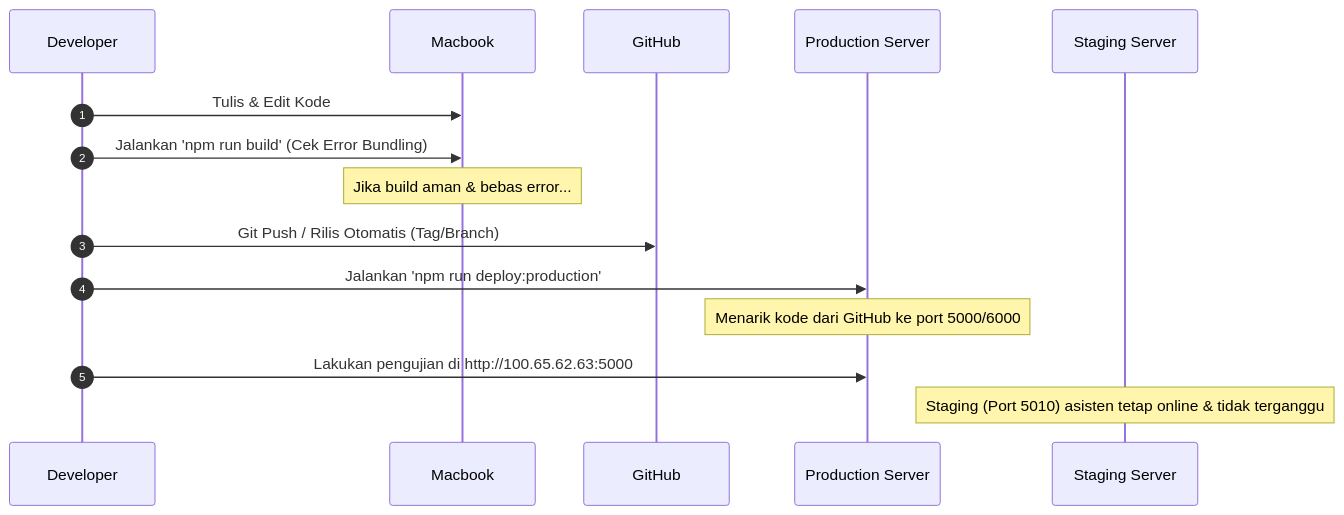
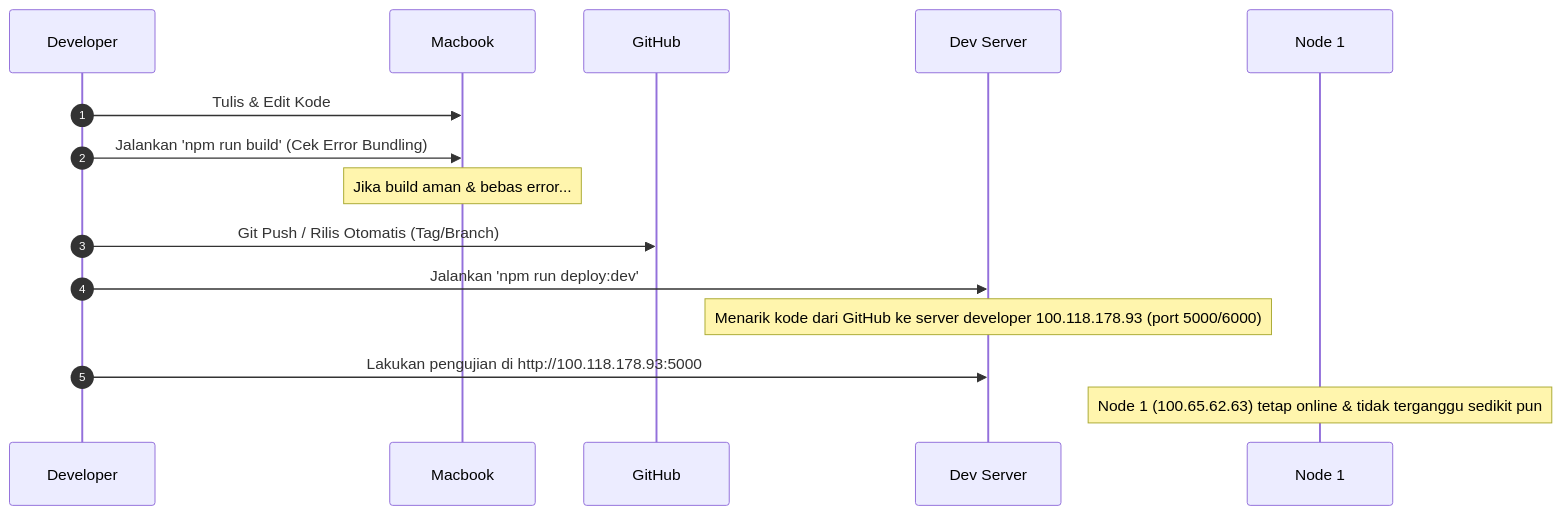
The diagram in docs/server-arsitektur/Usulan_Workflow_Coding_Macbook.md (sabeq83/maknaflow), drawn with Mermaid before and after one commit. The commit also changed other lines of this file and 3 other files, not shown here.

Commit message:
release: v2.2.219 — Integrasi Skrip Deploy Dev 100.118.178.93

````diff
--- a/docs/server-arsitektur/Usulan_Workflow_Coding_Macbook.md
+++ b/docs/server-arsitektur/Usulan_Workflow_Coding_Macbook.md
@@ -43,12 +43,12 @@
 ```mermaid
 sequenceDiagram
     autonumber
     Developer->>Macbook: Tulis & Edit Kode
     Developer->>Macbook: Jalankan 'npm run build' (Cek Error Bundling)
     Note over Macbook: Jika build aman & bebas error...
     Developer->>GitHub: Git Push / Rilis Otomatis (Tag/Branch)
-    Developer->>Production Server: Jalankan 'npm run deploy:production'
-    Note over Production Server: Menarik kode dari GitHub ke port 5000/6000
-    Developer->>Production Server: Lakukan pengujian di http://100.65.62.63:5000
-    Note over Staging Server: Staging (Port 5010) asisten tetap online & tidak terganggu
+    Developer->>Dev Server: Jalankan 'npm run deploy:dev'
+    Note over Dev Server: Menarik kode dari GitHub ke server developer 100.118.178.93 (port 5000/6000)
+    Developer->>Dev Server: Lakukan pengujian di http://100.118.178.93:5000
+    Note over Node 1: Node 1 (100.65.62.63) tetap online & tidak terganggu sedikit pun
 ```
````
